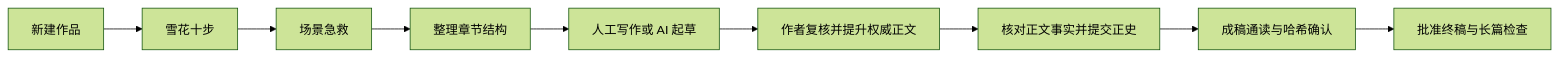
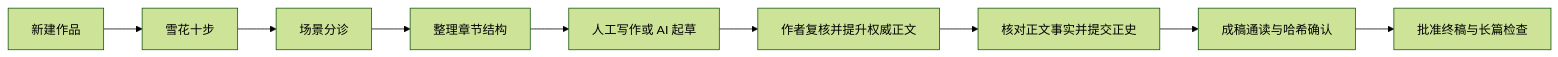
One commit to cocododo-dv/xiaoshuo-1 changed the diagram in docs/operator-manual.md. Above: the diagram before and after it, drawn with Mermaid (forest theme). The commit also changed other lines of this file and 3 other files, not shown here.

````diff
--- a/docs/operator-manual.md
+++ b/docs/operator-manual.md
@@ -65,11 +64,11 @@
 ```mermaid
 flowchart LR
     A["新建作品"] --> B["雪花十步"]
-    B --> C["场景急救"]
+    B --> C["场景分诊"]
     C --> D["整理章节结构"]
     D --> E["人工写作或 AI 起草"]
     E --> F["作者复核并提升权威正文"]
     F --> G["核对正文事实并提交正史"]
     G --> H["成稿通读与哈希确认"]
     H --> I["批准终稿与长篇检查"]
 ```
````
